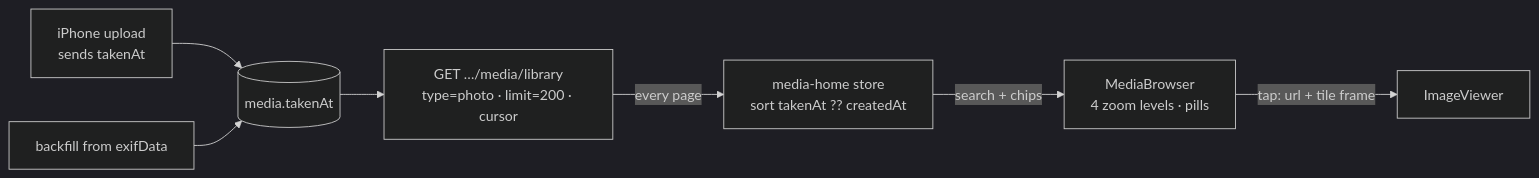
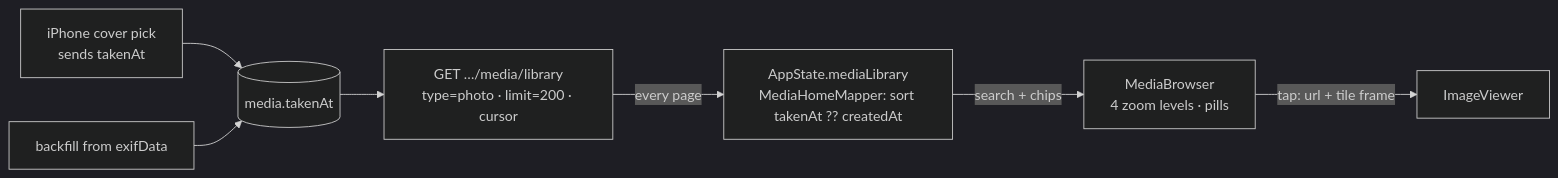
Before and after one commit to lukekeith/makeready: the diagram in docs/features/media-page/SPEC.md, drawn with Mermaid (dark theme). The commit also changed other lines of this file and 1 other file, not shown here.

Commit message:
docs(media-page): media-page audited

````diff
--- a/docs/features/media-page/SPEC.md
+++ b/docs/features/media-page/SPEC.md
@@ -27,9 +27,9 @@
 ```mermaid
 flowchart LR
-  up[iPhone upload<br/>sends takenAt] --> srv[(media.takenAt)]
+  up[iPhone cover pick<br/>sends takenAt] --> srv[(media.takenAt)]
   bf[backfill from exifData] --> srv
   srv --> lib[GET …/media/library<br/>type=photo · limit=200 · cursor]
-  lib -->|every page| store[media-home store<br/>sort takenAt ?? createdAt]
-  store -->|search + chips| grid[MediaBrowser<br/>4 zoom levels · pills]
+  lib -->|every page| state[AppState.mediaLibrary<br/>MediaHomeMapper: sort takenAt ?? createdAt]
+  state -->|search + chips| grid[MediaBrowser<br/>4 zoom levels · pills]
   grid -->|tap: url + tile frame| viewer[ImageViewer]
 ```
````
